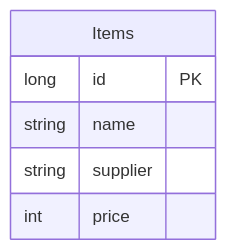
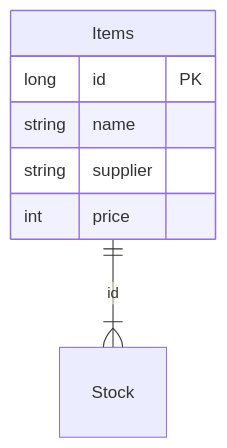
One commit to hirukawa-sh/mySpringStockManagementSystem changed the diagram in README.md. Above: the diagram before and after it, drawn with Mermaid.

Commit message:
README.md の更新

````diff
--- a/README.md
+++ b/README.md
@@ -6,9 +6,10 @@
 ```mermaid
 erDiagram
+Items||--|{Stock:id
 Items {
 long id PK
 string name
 string supplier
 int price
 }
 ```
````
